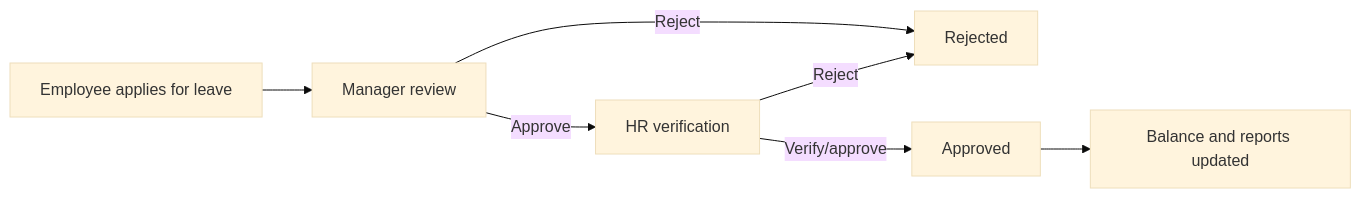
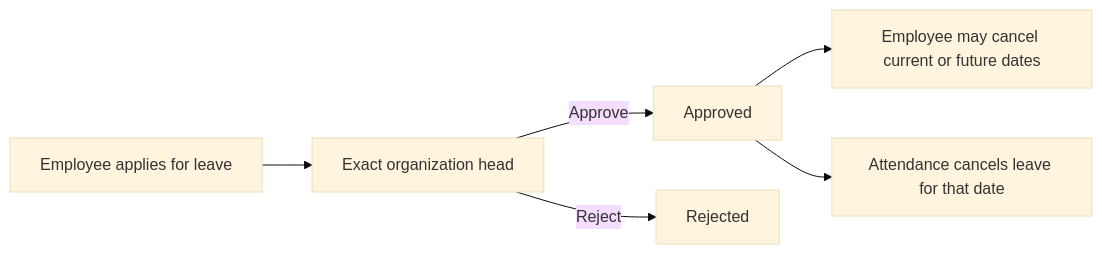
The second of 2 diagrams in docs/USER_GUIDE.md (Sameerreddy-ATD/Atd-Hrms), drawn with Mermaid (base theme) before and after one commit. The commit also changed other lines of this file and 31 other files, not shown here.

````diff
--- a/docs/USER_GUIDE.md
+++ b/docs/USER_GUIDE.md
@@ -118,9 +109,8 @@
 ```mermaid
 flowchart LR
-  A["Employee applies for leave"] --> B["Manager review"]
-  B -->|Approve| C["HR verification"]
+  A["Employee applies for leave"] --> B["Exact organization head"]
+  B -->|Approve| C["Approved"]
   B -->|Reject| R["Rejected"]
-  C -->|Verify/approve| D["Approved"]
-  C -->|Reject| R
-  D --> E["Balance and reports updated"]
+  C --> D["Employee may cancel current or future dates"]
+  C --> E["Attendance cancels leave for that date"]
 ```
````
